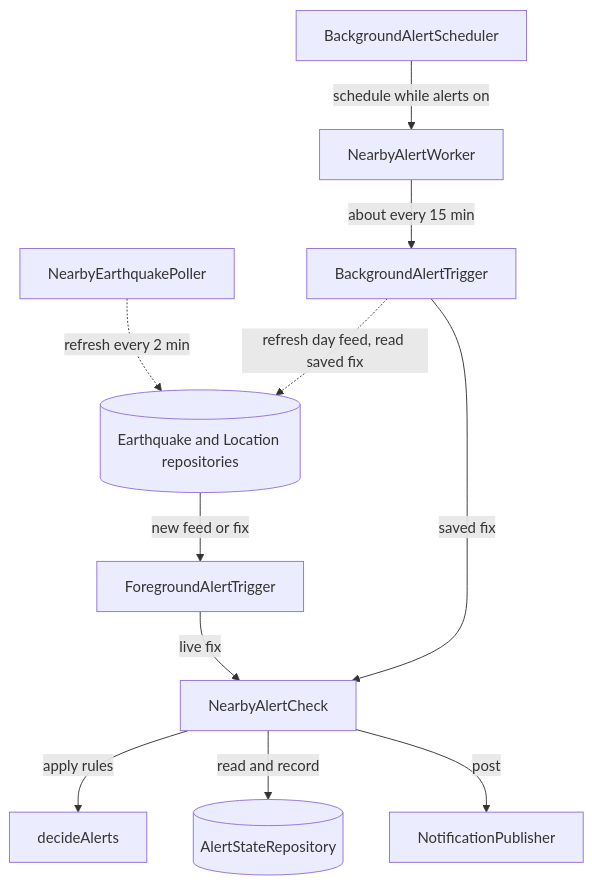
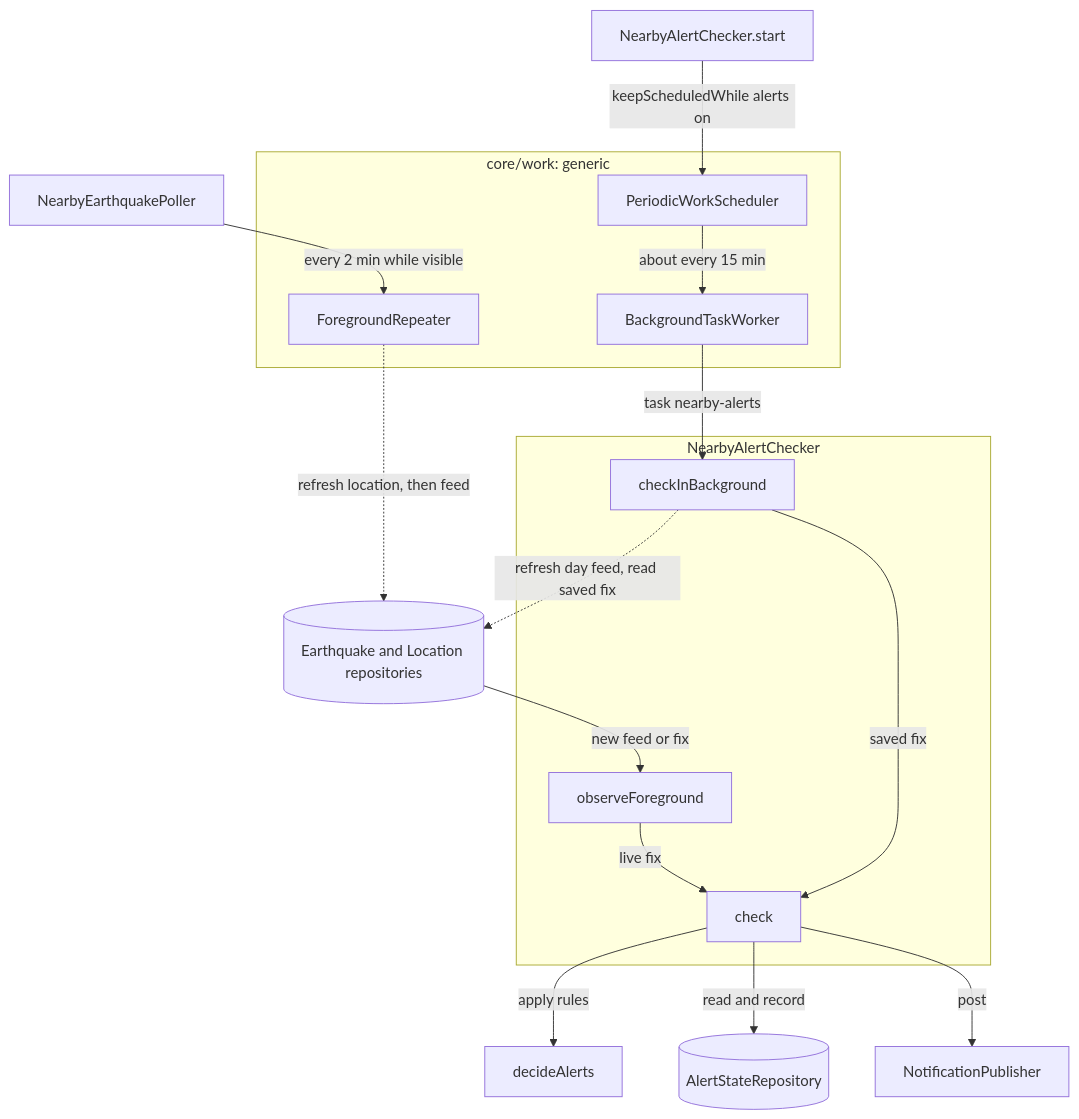
One commit to JanetYuLin/earthquake_tracker changed the first of 3 diagrams in app/src/main/java/io/github/janetyulin/grounded/alerts/README.md. Above: the diagram before and after it, drawn with Mermaid. The commit also changed other lines of this file and 17 other files, not shown here.

````diff
--- a/app/src/main/java/io/github/janetyulin/grounded/alerts/README.md
+++ b/app/src/main/java/io/github/janetyulin/grounded/alerts/README.md
@@ -7,16 +25,26 @@
 ```mermaid
 flowchart TB
-    Poller[NearbyEarthquakePoller] -.->|refresh every 2 min| Repos
-    Repos[(Earthquake and Location repositories)] -->|new feed or fix| FG[ForegroundAlertTrigger]
+    subgraph core[core/work: generic]
+        Repeater[ForegroundRepeater]
+        Scheduler[PeriodicWorkScheduler]
+        Worker[BackgroundTaskWorker]
+    end
 
-    Scheduler[BackgroundAlertScheduler] -->|schedule while alerts on| Worker[NearbyAlertWorker]
-    Worker -->|about every 15 min| BG[BackgroundAlertTrigger]
+    Poller[NearbyEarthquakePoller] -->|every 2 min while visible| Repeater
+    Repeater -.->|refresh location, then feed| Repos[(Earthquake and Location repositories)]
+    Repos -->|new feed or fix| FG
+
+    Start[NearbyAlertChecker.start] -->|keepScheduledWhile alerts on| Scheduler
+    Scheduler -->|about every 15 min| Worker
+    Worker -->|task nearby-alerts| BG
     BG -.->|refresh day feed, read saved fix| Repos
 
-    FG -->|live fix| Check[NearbyAlertCheck]
-    BG -->|saved fix| Check
+    subgraph Checker[NearbyAlertChecker]
+        FG[observeForeground] -->|live fix| Check[check]
+        BG[checkInBackground] -->|saved fix| Check
+    end
 
     Check -->|apply rules| Rules[decideAlerts]
     Check -->|read and record| State[(AlertStateRepository)]
     Check -->|post| Publisher[NotificationPublisher]
 ```
````
